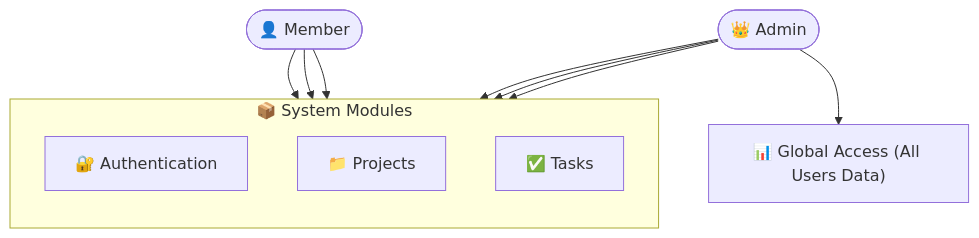
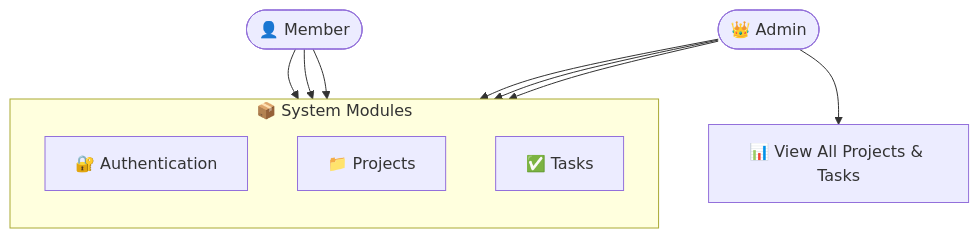
The first of 3 diagrams in README.md (Moaz-ashraf1/Project-Task-Management-System), drawn with Mermaid before and after one commit. The commit also changed other lines of this file, not shown here.

````diff
--- a/README.md
+++ b/README.md
@@ -30,22 +30,22 @@
 ```mermaid
 graph TB
 
     Member(["👤 Member"])
     Admin(["👑 Admin"])
 
     subgraph SYSTEM ["📦 System Modules"]
         direction TB
         Auth["🔐 Authentication"]
         Projects["📁 Projects"]
         Tasks["✅ Tasks"]
     end
 
     Member --> Auth
     Member --> Projects
     Member --> Tasks
 
     Admin --> Auth
     Admin --> Projects
     Admin --> Tasks
-    Admin --> AllData["📊 Global Access (All Users Data)"]
+    Admin --> ViewAll["📊 View All Projects & Tasks"]
 ```
````
